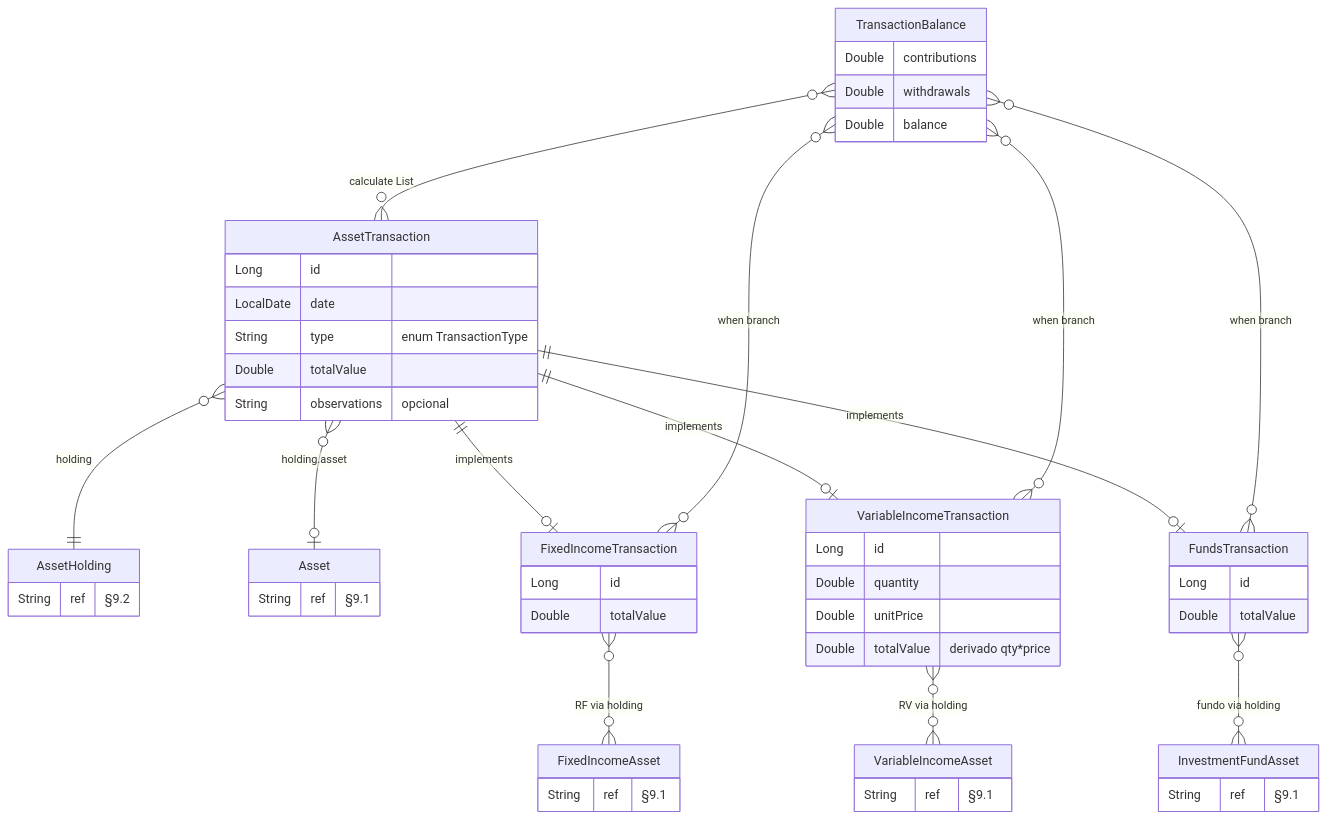
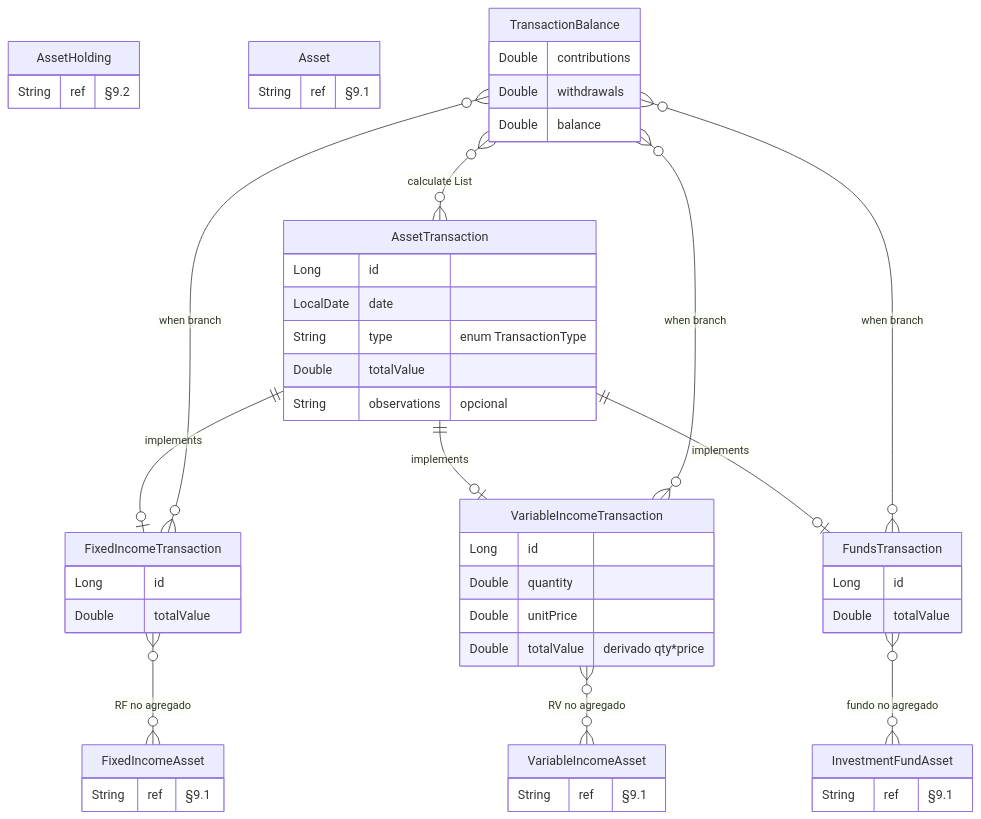
The third of 5 diagrams in core/domain/entity/docs/DOMAIN.md (enirsilvaferraz/Investments-KMP), drawn with Mermaid before and after one commit. The commit also changed other lines of this file and 44 other files, not shown here.

````diff
--- a/core/domain/entity/docs/DOMAIN.md
+++ b/core/domain/entity/docs/DOMAIN.md
@@ -241,56 +242,54 @@
 ```mermaid
 erDiagram
     AssetHolding {
         String ref "§9.2"
     }
     Asset {
         String ref "§9.1"
     }
     FixedIncomeAsset {
         String ref "§9.1"
     }
     VariableIncomeAsset {
         String ref "§9.1"
     }
     InvestmentFundAsset {
         String ref "§9.1"
     }
     AssetTransaction {
         Long id
         LocalDate date
         String type "enum TransactionType"
         Double totalValue
         String observations "opcional"
     }
     FixedIncomeTransaction {
         Long id
         Double totalValue
     }
     VariableIncomeTransaction {
         Long id
         Double quantity
         Double unitPrice
         Double totalValue "derivado qty*price"
     }
     FundsTransaction {
         Long id
         Double totalValue
     }
     TransactionBalance {
         Double contributions
         Double withdrawals
         Double balance
     }
-    AssetTransaction }o--|| AssetHolding : "holding"
     AssetTransaction ||--o| FixedIncomeTransaction : "implements"
     AssetTransaction ||--o| VariableIncomeTransaction : "implements"
     AssetTransaction ||--o| FundsTransaction : "implements"
-    AssetTransaction }o--o| Asset : "holding.asset"
-    FixedIncomeTransaction }o--o{ FixedIncomeAsset : "RF via holding"
-    VariableIncomeTransaction }o--o{ VariableIncomeAsset : "RV via holding"
-    FundsTransaction }o--o{ InvestmentFundAsset : "fundo via holding"
+    FixedIncomeTransaction }o--o{ FixedIncomeAsset : "RF no agregado"
+    VariableIncomeTransaction }o--o{ VariableIncomeAsset : "RV no agregado"
+    FundsTransaction }o--o{ InvestmentFundAsset : "fundo no agregado"
     TransactionBalance }o--o{ AssetTransaction : "calculate List"
     TransactionBalance }o--o{ FixedIncomeTransaction : "when branch"
     TransactionBalance }o--o{ VariableIncomeTransaction : "when branch"
     TransactionBalance }o--o{ FundsTransaction : "when branch"
 ```
````
